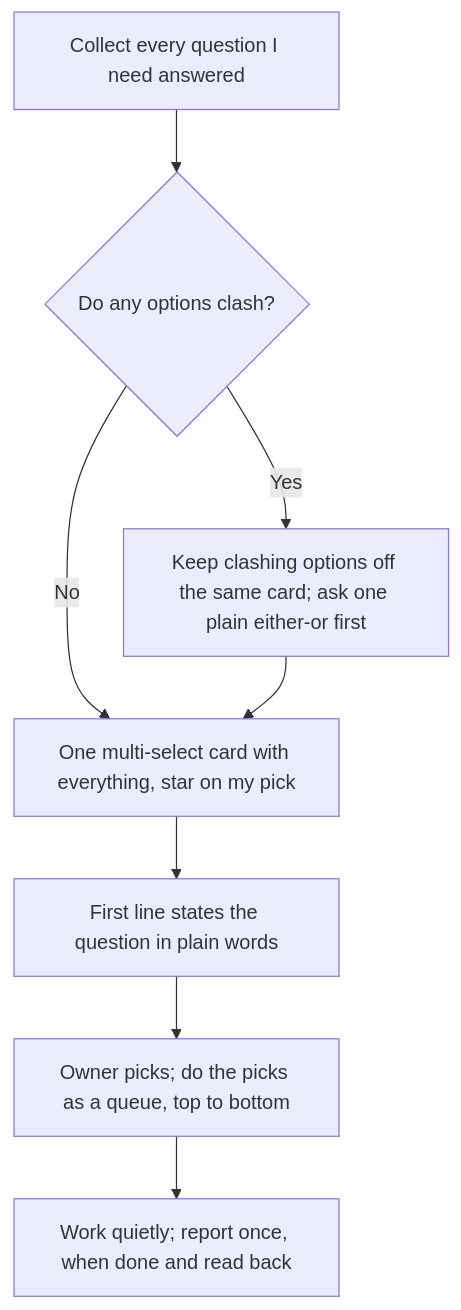
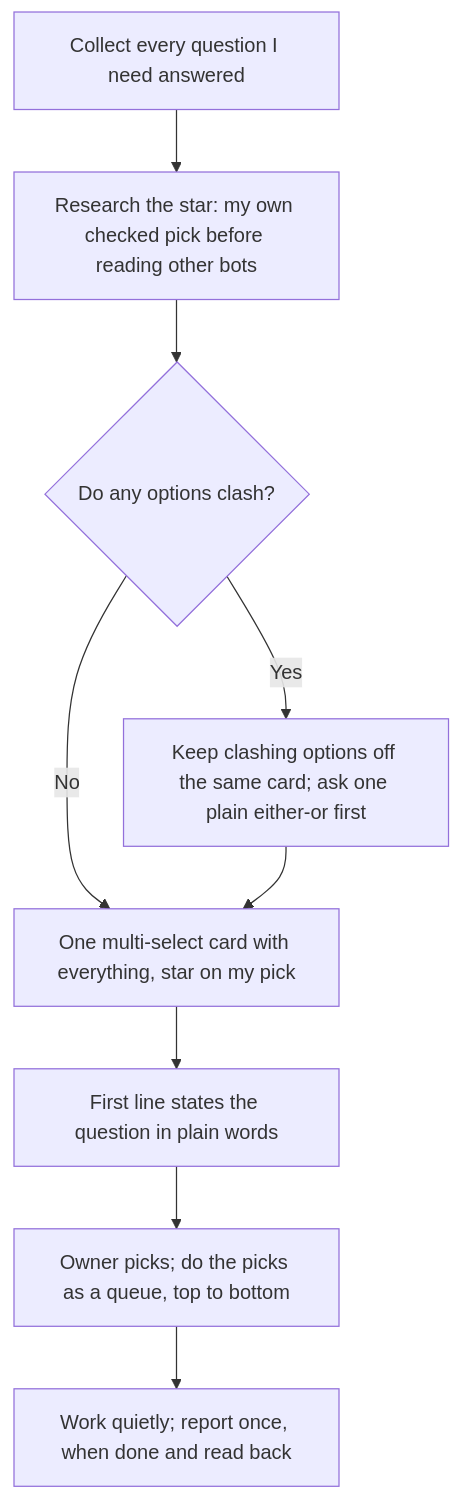
The diagram in skills/card-preflight/SKILL.md (Topoda-Charts/tcs-agents), drawn with Mermaid before and after one commit. The commit also changed other lines of this file and 33 other files, not shown here.

````diff
--- a/skills/card-preflight/SKILL.md
+++ b/skills/card-preflight/SKILL.md
@@ -26,10 +29,11 @@
 ```mermaid
 flowchart TD
-    A["Collect every question I need answered"] --> B{"Do any options clash?"}
+    A["Collect every question I need answered"] --> R["Research the star: my own checked pick before reading other bots"]
+    R --> B{"Do any options clash?"}
     B -- "No" --> C["One multi-select card with everything, star on my pick"]
     B -- "Yes" --> D["Keep clashing options off the same card; ask one plain either-or first"]
     D --> C
     C --> E["First line states the question in plain words"]
     E --> F["Owner picks; do the picks as a queue, top to bottom"]
     F --> G["Work quietly; report once, when done and read back"]
 ```
````
